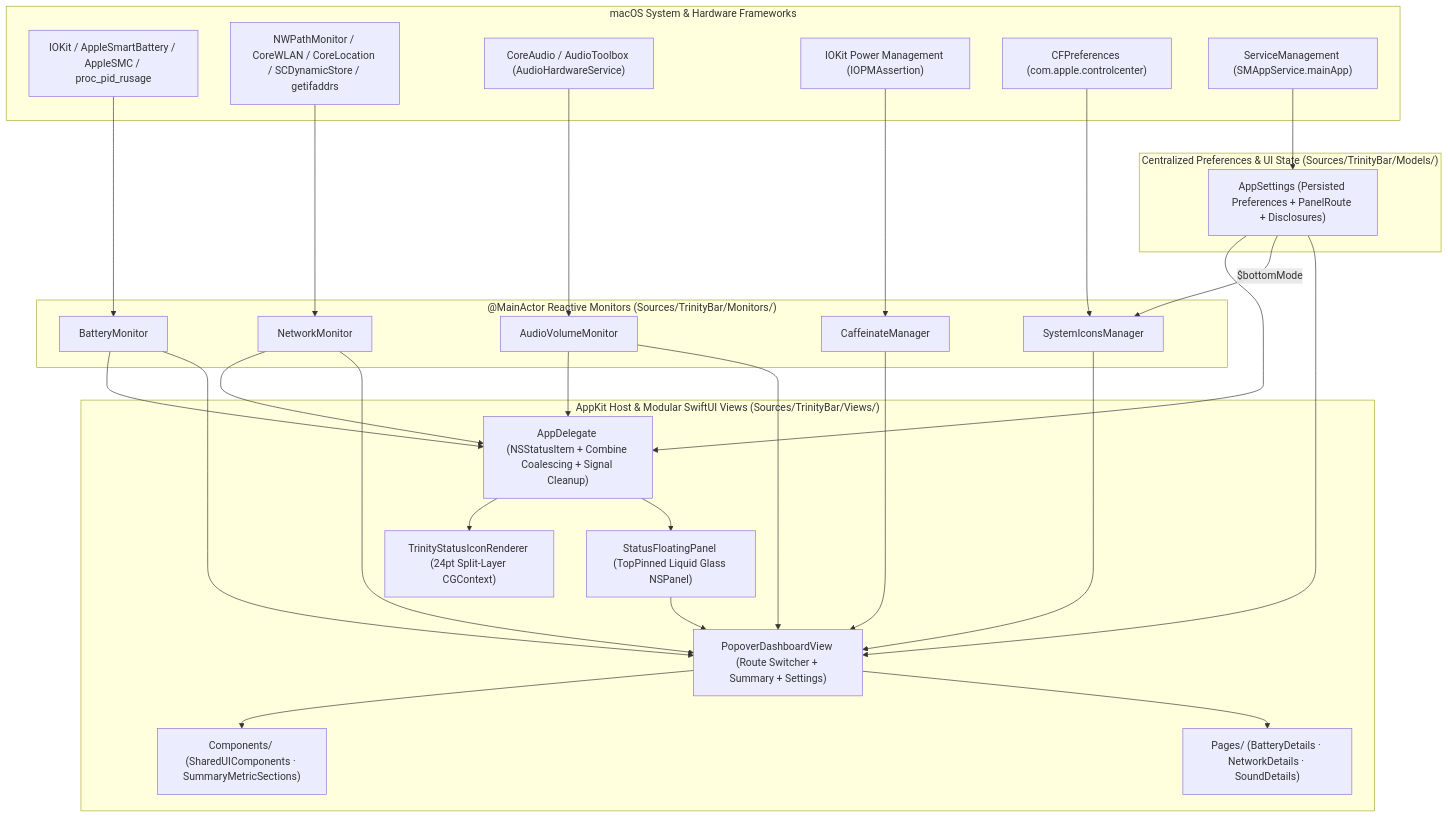
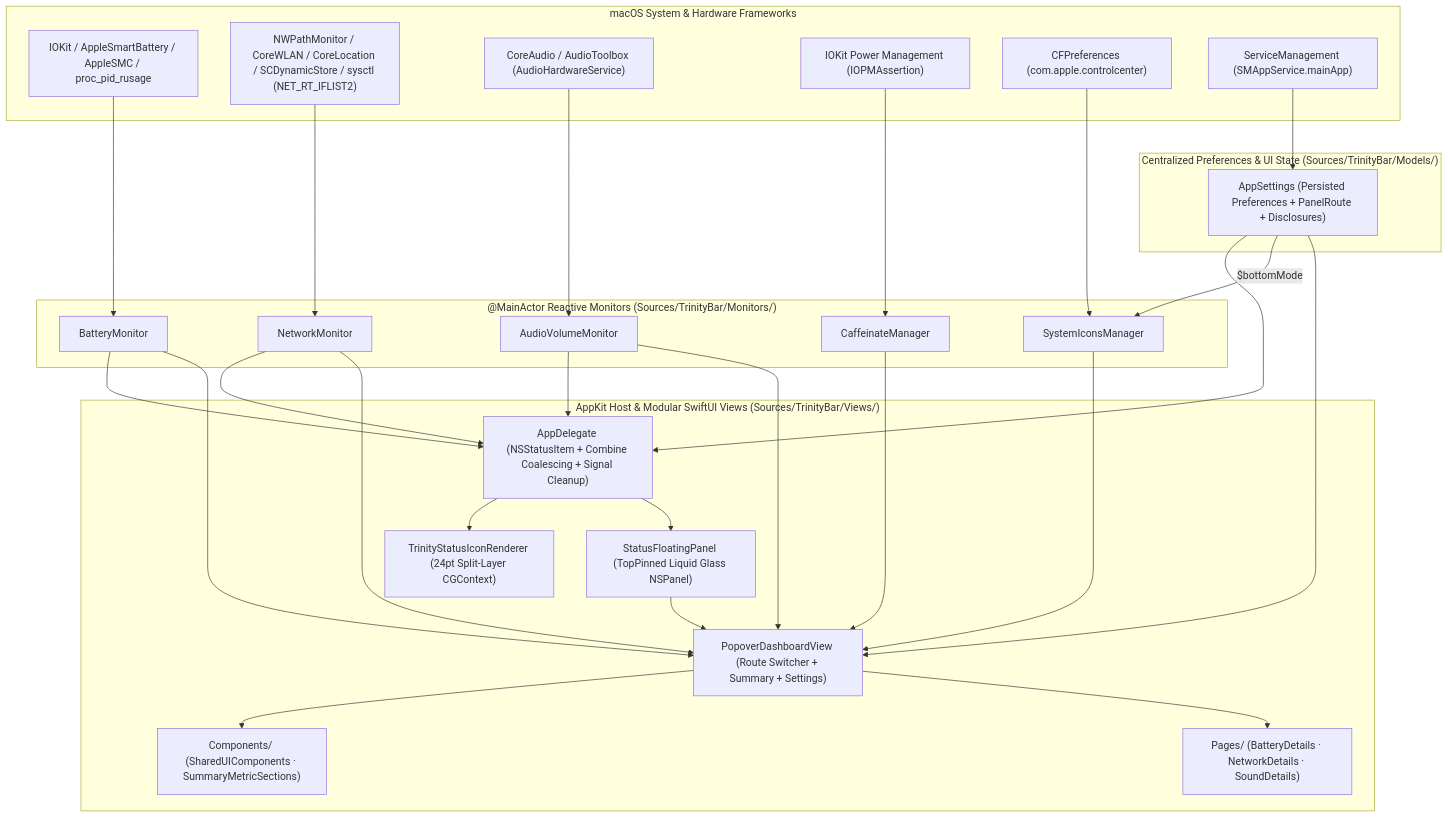
Before and after one commit to wangzechen/TrinityBar: the diagram in ARCHITECTURE.md, drawn with Mermaid. The commit also changed other lines of this file and 15 other files, not shown here.

````diff
--- a/ARCHITECTURE.md
+++ b/ARCHITECTURE.md
@@ -9,48 +9,48 @@
 ```mermaid
 flowchart TD
     subgraph SystemAPIs["macOS System & Hardware Frameworks"]
         SMC["IOKit / AppleSmartBattery / AppleSMC / proc_pid_rusage"]
-        NET["NWPathMonitor / CoreWLAN / CoreLocation / SCDynamicStore / getifaddrs"]
+        NET["NWPathMonitor / CoreWLAN / CoreLocation / SCDynamicStore / sysctl (NET_RT_IFLIST2)"]
         AUD["CoreAudio / AudioToolbox (AudioHardwareService)"]
         PM["IOKit Power Management (IOPMAssertion)"]
         CC["CFPreferences (com.apple.controlcenter)"]
         SMG["ServiceManagement (SMAppService.mainApp)"]
     end
 
     subgraph Monitors["@MainActor Reactive Monitors (Sources/TrinityBar/Monitors/)"]
         BM["BatteryMonitor"]
         NM["NetworkMonitor"]
         AM["AudioVolumeMonitor"]
         CM["CaffeinateManager"]
         SM["SystemIconsManager"]
     end
 
     subgraph State["Centralized Preferences & UI State (Sources/TrinityBar/Models/)"]
         AS["AppSettings (Persisted Preferences + PanelRoute + Disclosures)"]
     end
 
     subgraph UI["AppKit Host & Modular SwiftUI Views (Sources/TrinityBar/Views/)"]
         AD["AppDelegate (NSStatusItem + Combine Coalescing + Signal Cleanup)"]
         IR["TrinityStatusIconRenderer (24pt Split-Layer CGContext)"]
         FP["StatusFloatingPanel (TopPinned Liquid Glass NSPanel)"]
         PD["PopoverDashboardView (Route Switcher + Summary + Settings)"]
         COMP["Components/ (SharedUIComponents · SummaryMetricSections)"]
         PAGES["Pages/ (BatteryDetails · NetworkDetails · SoundDetails)"]
     end
 
     SMC --> BM
     NET --> NM
     AUD --> AM
     PM --> CM
     CC --> SM
     SMG --> AS
 
     BM & NM & AM & AS --> AD
     AS -->|"$bottomMode"| SM
     AD --> IR
     AD --> FP
     FP --> PD
     BM & NM & AM & CM & SM & AS --> PD
     PD --> COMP
     PD --> PAGES
 ```
````
